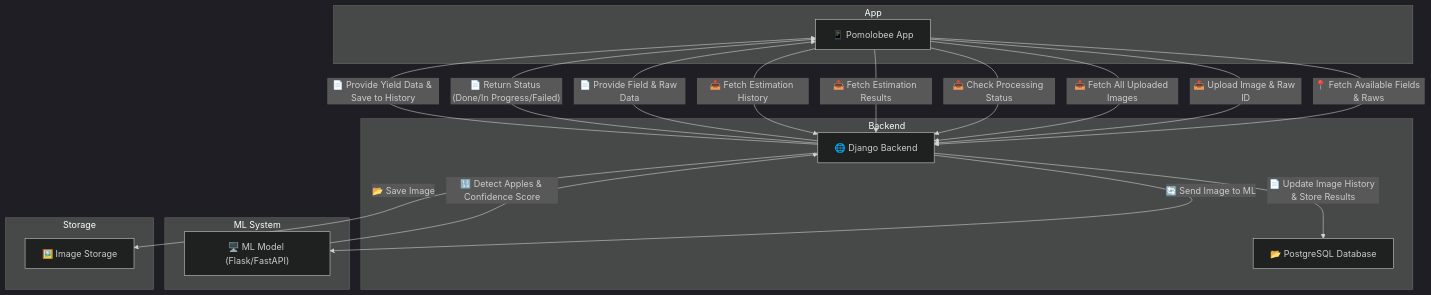
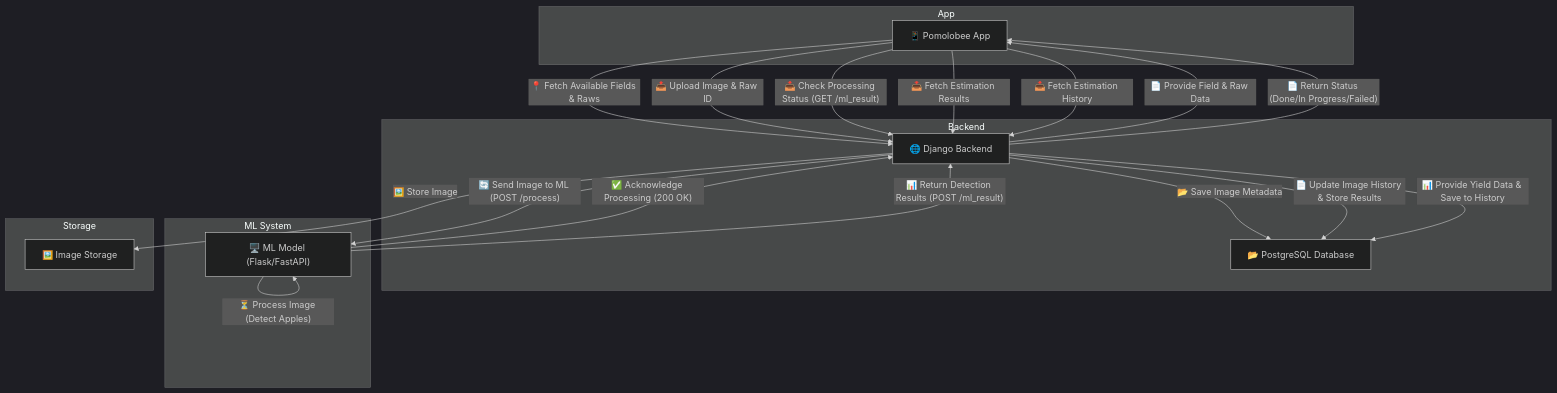
One commit to nathabee/PomoloBee changed the diagram in documentation/Workflow.md. Above: the diagram before and after it, drawn with Mermaid (dark theme). The commit also changed other lines of this file and 15 other files, not shown here.

````diff
--- a/documentation/Workflow.md
+++ b/documentation/Workflow.md
@@ -32,33 +28,47 @@
 ```mermaid
 graph TD
   subgraph App
     MobileApp["📱 Pomolobee App"]
   end
 
   subgraph Backend
     DjangoServer["🌐 Django Backend"]
     Database["📂 PostgreSQL Database"]
   end
 
   subgraph ML System
     MLService["🖥️ ML Model (Flask/FastAPI)"]
   end
 
   subgraph Storage
     FileSystem["🖼️ Image Storage"]
   end
 
+  %% Initial Syncing of Orchard Data
   MobileApp -- "📍 Fetch Available Fields & Raws" --> DjangoServer
   DjangoServer -- "📄 Provide Field & Raw Data" --> MobileApp
+
+  %% Image Upload Process
   MobileApp -- "📤 Upload Image & Raw ID" --> DjangoServer
-  DjangoServer -- "📂 Save Image" --> FileSystem
-  DjangoServer -- "🔄 Send Image to ML" --> MLService
-  MLService -- "🔢 Detect Apples & Confidence Score" --> DjangoServer
+  DjangoServer -- "📂 Save Image Metadata" --> Database
+  DjangoServer -- "🖼️ Store Image" --> FileSystem
+
+  %% Django Sends Image for ML Processing
+  DjangoServer -- "🔄 Send Image to ML (POST /process)" --> MLService
+  MLService -- "✅ Acknowledge Processing (200 OK)" --> DjangoServer
+  MLService -- "⏳ Process Image (Detect Apples)" --> MLService
+
+  %% ML Processing & Callback to Django
+  MLService -- "📊 Return Detection Results (POST /ml_result)" --> DjangoServer
   DjangoServer -- "📄 Update Image History & Store Results" --> Database
-  MobileApp -- "📥 Fetch All Uploaded Images" --> DjangoServer
-  MobileApp -- "📥 Check Processing Status" --> DjangoServer
+
+  %% Mobile App Fetches Image Processing Status
+  MobileApp -- "📥 Check Processing Status (GET /ml_result)" --> DjangoServer
   DjangoServer -- "📄 Return Status (Done/In Progress/Failed)" --> MobileApp
+
+  %% Mobile App Fetches Yield Estimation
   MobileApp -- "📥 Fetch Estimation Results" --> DjangoServer
-  DjangoServer -- "📄 Provide Yield Data & Save to History" --> MobileApp
+  DjangoServer -- "📊 Provide Yield Data & Save to History" --> Database
   MobileApp -- "📥 Fetch Estimation History" --> DjangoServer
+
 ```
````
